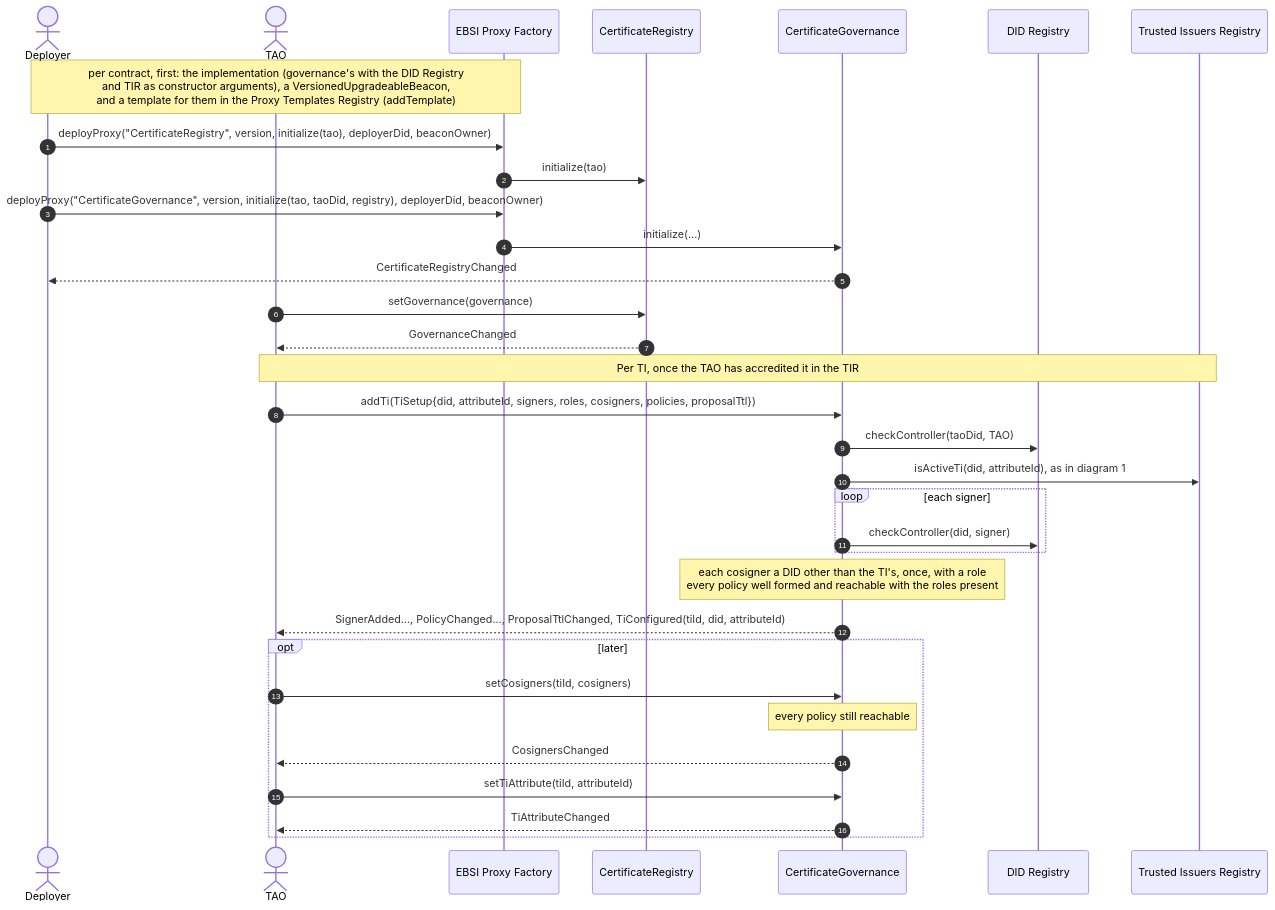
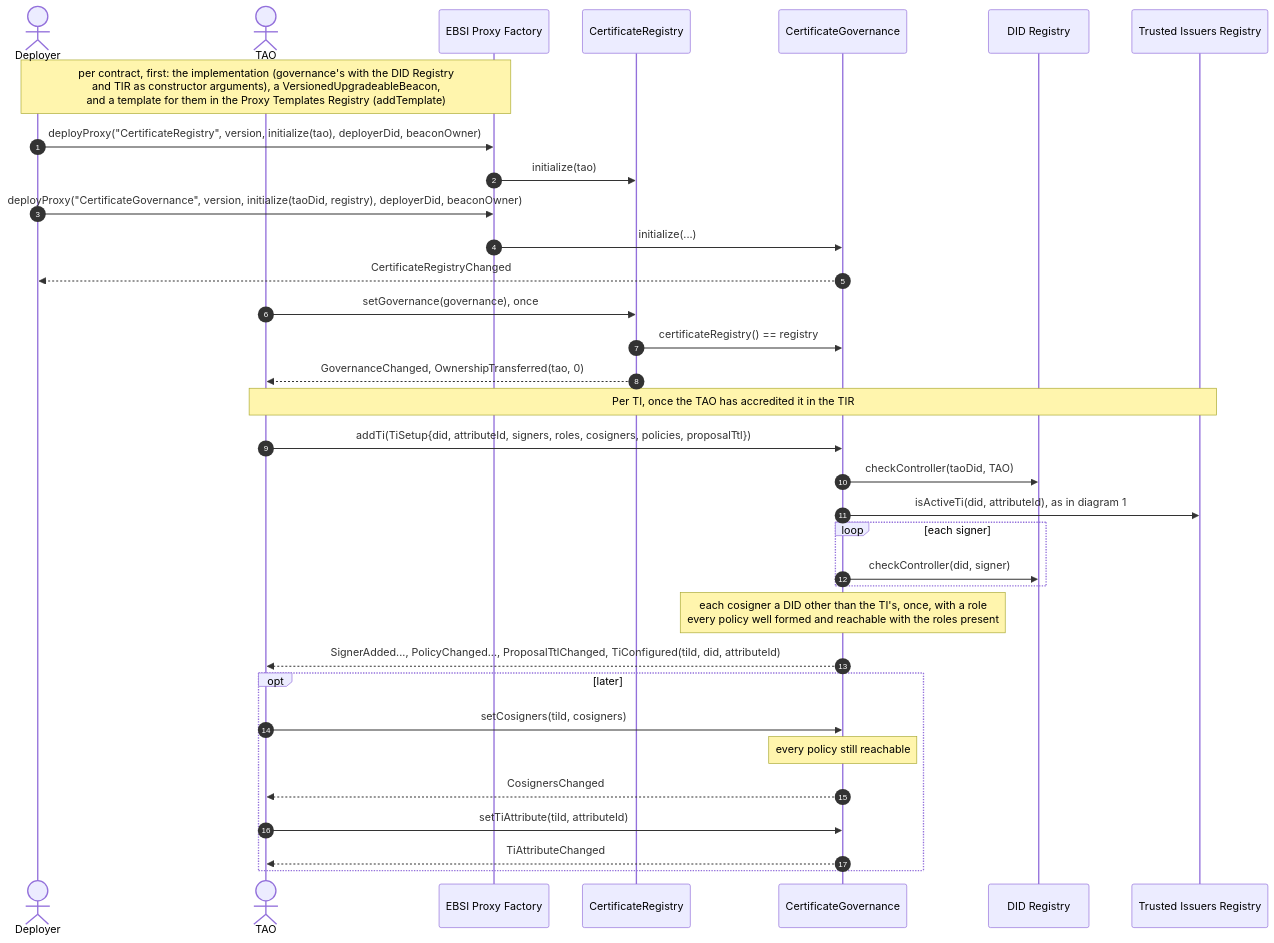
The second of 9 diagrams in contracts/docs/sequence-diagrams.md (fiit-ba/ebsi-licences-for-cybersecurity-managers), drawn with Mermaid before and after one commit. The commit also changed other lines of this file and 25 other files, not shown here.

Commit message:
fix: Make the TAO's DID the authority and link the registry to governance once

````diff
--- a/contracts/docs/sequence-diagrams.md
+++ b/contracts/docs/sequence-diagrams.md
@@ -83,38 +83,39 @@
 ```mermaid
 sequenceDiagram
     autonumber
     actor Dep as Deployer
     actor TAO
     participant F as EBSI Proxy Factory
     participant R as CertificateRegistry
     participant G as CertificateGovernance
     participant D as DID Registry
     participant T as Trusted Issuers Registry
 
     Note over Dep,F: per contract, first: the implementation (governance's with the DID Registry<br/>and TIR as constructor arguments), a VersionedUpgradeableBeacon,<br/>and a template for them in the Proxy Templates Registry (addTemplate)
     Dep->>F: deployProxy("CertificateRegistry", version, initialize(tao), deployerDid, beaconOwner)
     F->>R: initialize(tao)
-    Dep->>F: deployProxy("CertificateGovernance", version, initialize(tao, taoDid, registry), deployerDid, beaconOwner)
+    Dep->>F: deployProxy("CertificateGovernance", version, initialize(taoDid, registry), deployerDid, beaconOwner)
     F->>G: initialize(...)
     G-->>Dep: CertificateRegistryChanged
-    TAO->>R: setGovernance(governance)
-    R-->>TAO: GovernanceChanged
+    TAO->>R: setGovernance(governance), once
+    R->>G: certificateRegistry() == registry
+    R-->>TAO: GovernanceChanged, OwnershipTransferred(tao, 0)
 
     Note over TAO,T: Per TI, once the TAO has accredited it in the TIR
     TAO->>G: addTi(TiSetup{did, attributeId, signers, roles, cosigners, policies, proposalTtl})
     G->>D: checkController(taoDid, TAO)
     G->>T: isActiveTi(did, attributeId), as in diagram 1
     loop each signer
         G->>D: checkController(did, signer)
     end
     Note over G: each cosigner a DID other than the TI's, once, with a role<br/>every policy well formed and reachable with the roles present
     G-->>TAO: SignerAdded..., PolicyChanged..., ProposalTtlChanged, TiConfigured(tiId, did, attributeId)
 
     opt later
         TAO->>G: setCosigners(tiId, cosigners)
         Note over G: every policy still reachable
         G-->>TAO: CosignersChanged
         TAO->>G: setTiAttribute(tiId, attributeId)
         G-->>TAO: TiAttributeChanged
     end
 ```
````
